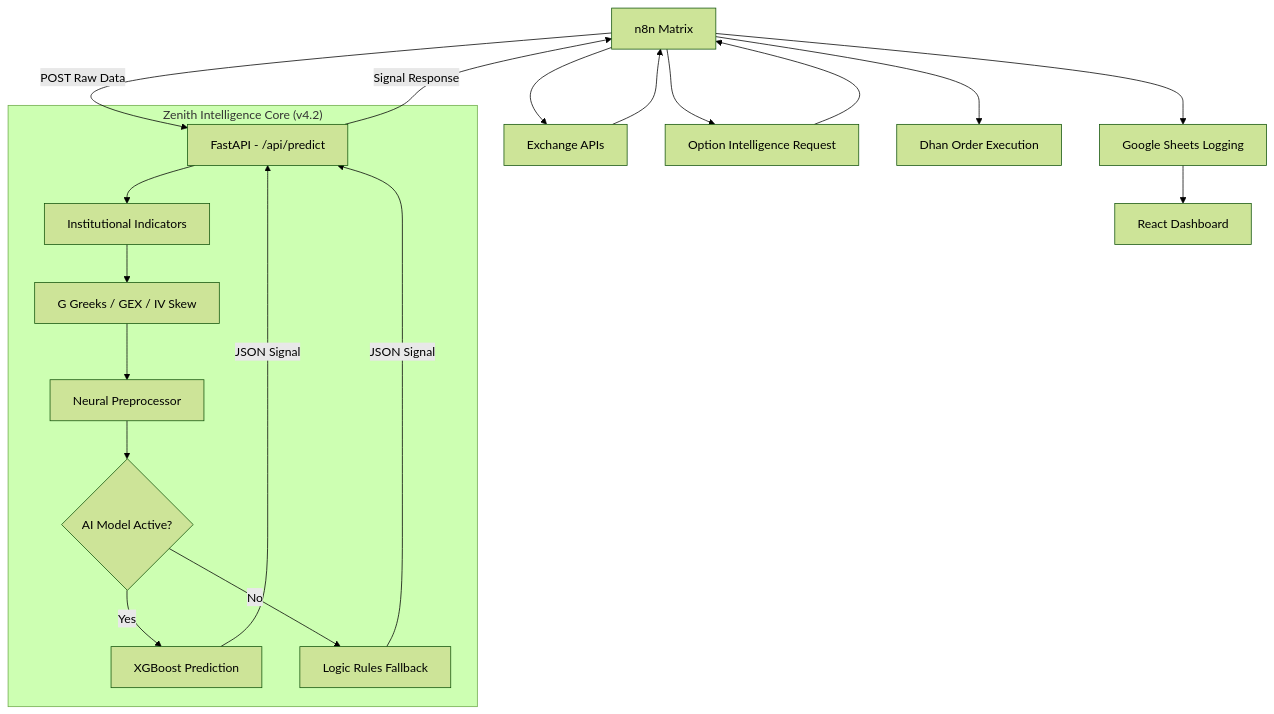
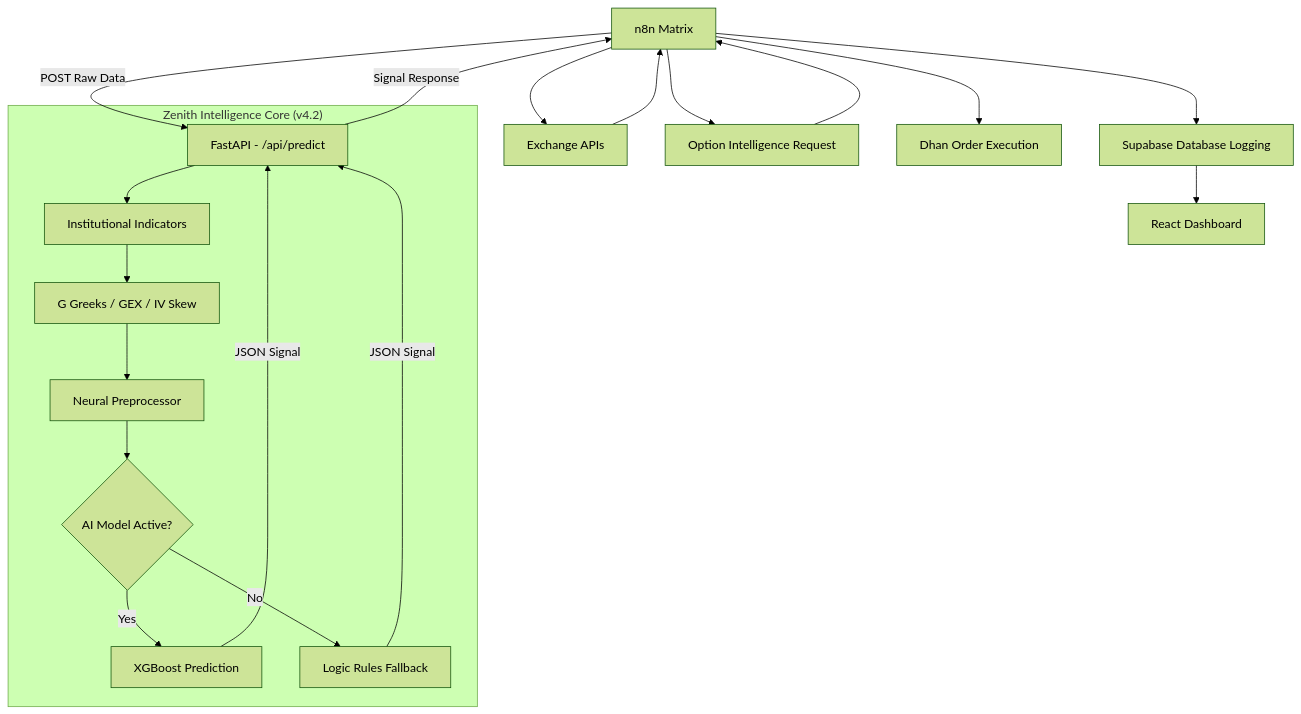
One commit to karkis23/My-portfolio changed the diagram in src/data/markdown/zenith-trading-terminal.md. Above: the diagram before and after it, drawn with Mermaid (forest theme). The commit also changed other lines of this file and 4 other files, not shown here.

Commit message:
refactor: replace all Google Sheets references with Supabase Database

````diff
--- a/src/data/markdown/zenith-trading-terminal.md
+++ b/src/data/markdown/zenith-trading-terminal.md
@@ -43,32 +43,32 @@
 ```mermaid
 graph TD
     A[n8n Matrix] --> B[Exchange APIs]
     B --> A
     A --> C[Option Intelligence Request]
     C --> A
     
     subgraph "Zenith Intelligence Core (v4.2)"
         D[FastAPI - /api/predict]
         E[Institutional Indicators]
         F[G Greeks / GEX / IV Skew]
         G[Neural Preprocessor]
         H{AI Model Active?}
         I[XGBoost Prediction]
         J[Logic Rules Fallback]
     end
     
     A -->|POST Raw Data| D
     D --> E
     E --> F
     F --> G
     G --> H
     H -->|Yes| I
     H -->|No| J
     I -->|JSON Signal| D
     J -->|JSON Signal| D
     D -->|Signal Response| A
     
-    A --> K[Google Sheets Logging]
+    A --> K[Supabase Database Logging]
     A --> L[Dhan Order Execution]
     K --> M[React Dashboard]
 ```
````
